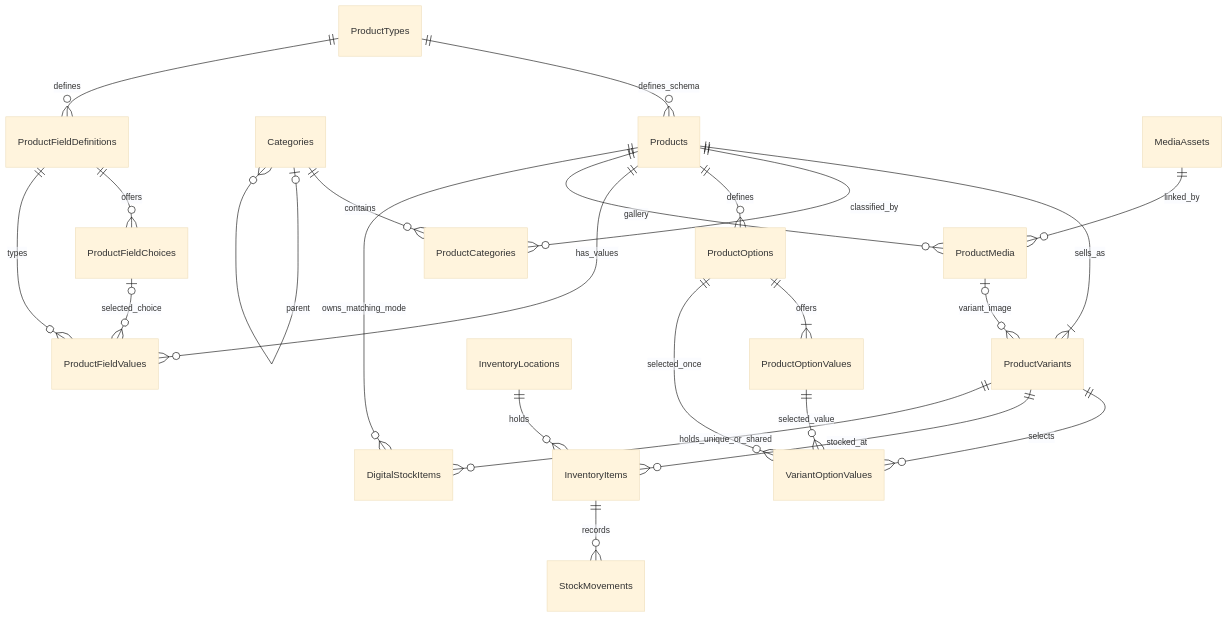
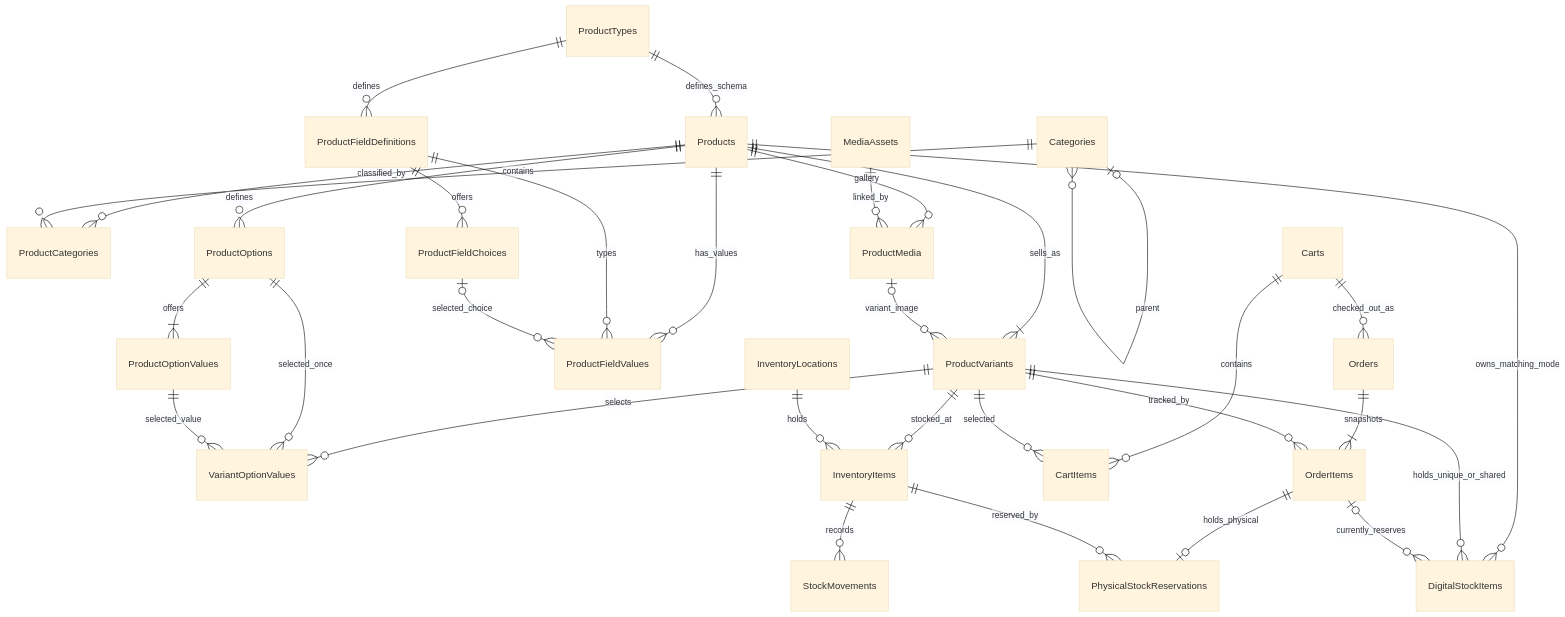
Before and after one commit to vuongnv1206/Boilerate: the diagram in docs/commerce-database.md, drawn with Mermaid (base theme). The commit also changed other lines of this file and 44 other files, not shown here.

Commit message:
feat(ordering): add cart checkout and atomic stock reservations

````diff
--- a/docs/commerce-database.md
+++ b/docs/commerce-database.md
@@ -7,26 +7,34 @@
 ```mermaid
 erDiagram
     ProductTypes ||--o{ Products : defines_schema
     Products ||--|{ ProductVariants : sells_as
     Products ||--o{ ProductCategories : classified_by
     Categories ||--o{ ProductCategories : contains
     Categories o|--o{ Categories : parent
     Products ||--o{ ProductOptions : defines
     ProductOptions ||--|{ ProductOptionValues : offers
     ProductVariants ||--o{ VariantOptionValues : selects
     ProductOptions ||--o{ VariantOptionValues : selected_once
     ProductOptionValues ||--o{ VariantOptionValues : selected_value
     ProductTypes ||--o{ ProductFieldDefinitions : defines
     ProductFieldDefinitions ||--o{ ProductFieldChoices : offers
     Products ||--o{ ProductFieldValues : has_values
     ProductFieldDefinitions ||--o{ ProductFieldValues : types
     ProductFieldChoices o|--o{ ProductFieldValues : selected_choice
     Products ||--o{ ProductMedia : gallery
     MediaAssets ||--o{ ProductMedia : linked_by
     ProductMedia o|--o{ ProductVariants : variant_image
     ProductVariants ||--o{ InventoryItems : stocked_at
     InventoryLocations ||--o{ InventoryItems : holds
     InventoryItems ||--o{ StockMovements : records
     Products ||--o{ DigitalStockItems : owns_matching_mode
     ProductVariants ||--o{ DigitalStockItems : holds_unique_or_shared
+    Carts ||--o{ CartItems : contains
+    ProductVariants ||--o{ CartItems : selected
+    Carts ||--o{ Orders : checked_out_as
+    Orders ||--|{ OrderItems : snapshots
+    ProductVariants ||--o{ OrderItems : tracked_by
+    OrderItems ||--o| PhysicalStockReservations : holds_physical
+    InventoryItems ||--o{ PhysicalStockReservations : reserved_by
+    OrderItems o|--o{ DigitalStockItems : currently_reserves
 ```
````
